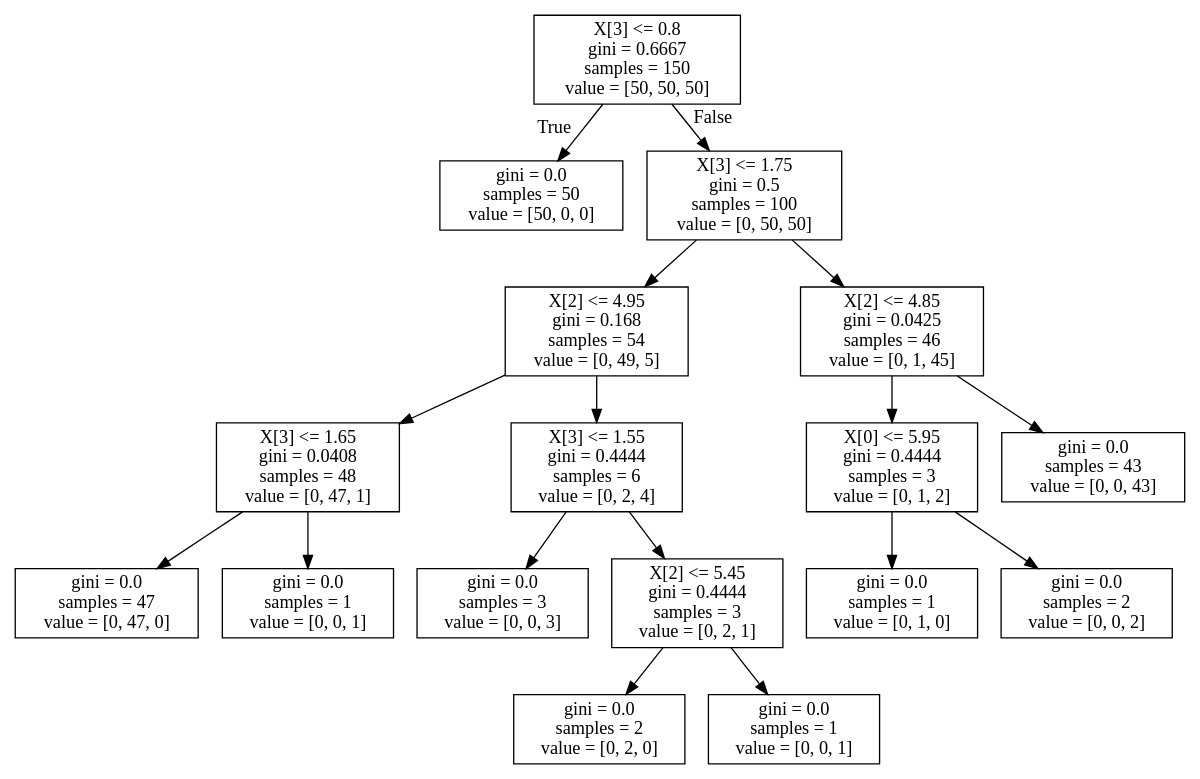
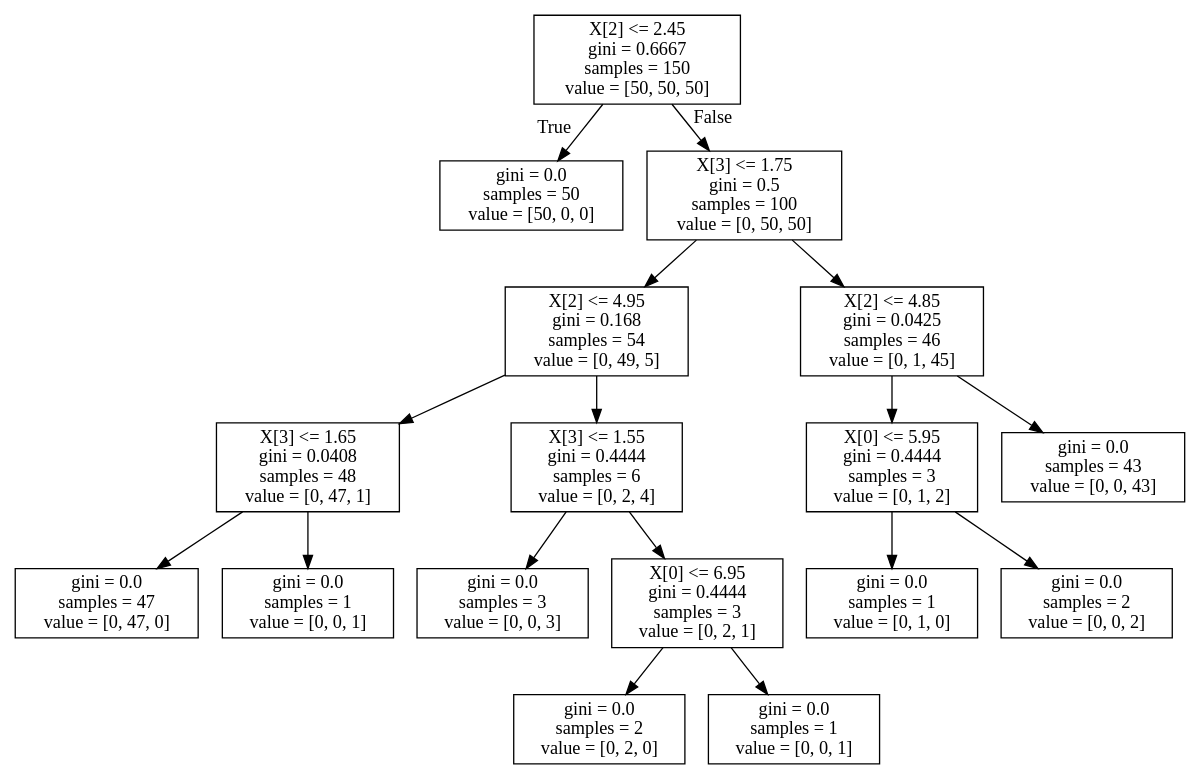
The diagram in decision_tree/iris.dot (yuzhouallin/machine-learning), drawn with Graphviz before and after one commit. The commit also changed 2 other files, not shown here.

```diff
--- a/decision_tree/iris.dot
+++ b/decision_tree/iris.dot
@@ -1,36 +1,36 @@
 digraph Tree {
 node [shape=box] ;
-0 [label="X[3] <= 0.8\ngini = 0.6667\nsamples = 150\nvalue = [50, 50, 50]"] ;
+0 [label="X[2] <= 2.45\ngini = 0.6667\nsamples = 150\nvalue = [50, 50, 50]"] ;
 1 [label="gini = 0.0\nsamples = 50\nvalue = [50, 0, 0]"] ;
 0 -> 1 [labeldistance=2.5, labelangle=45, headlabel="True"] ;
 2 [label="X[3] <= 1.75\ngini = 0.5\nsamples = 100\nvalue = [0, 50, 50]"] ;
 0 -> 2 [labeldistance=2.5, labelangle=-45, headlabel="False"] ;
 3 [label="X[2] <= 4.95\ngini = 0.168\nsamples = 54\nvalue = [0, 49, 5]"] ;
 2 -> 3 ;
 4 [label="X[3] <= 1.65\ngini = 0.0408\nsamples = 48\nvalue = [0, 47, 1]"] ;
 3 -> 4 ;
 5 [label="gini = 0.0\nsamples = 47\nvalue = [0, 47, 0]"] ;
 4 -> 5 ;
 6 [label="gini = 0.0\nsamples = 1\nvalue = [0, 0, 1]"] ;
 4 -> 6 ;
 7 [label="X[3] <= 1.55\ngini = 0.4444\nsamples = 6\nvalue = [0, 2, 4]"] ;
 3 -> 7 ;
 8 [label="gini = 0.0\nsamples = 3\nvalue = [0, 0, 3]"] ;
 7 -> 8 ;
-9 [label="X[2] <= 5.45\ngini = 0.4444\nsamples = 3\nvalue = [0, 2, 1]"] ;
+9 [label="X[0] <= 6.95\ngini = 0.4444\nsamples = 3\nvalue = [0, 2, 1]"] ;
 7 -> 9 ;
 10 [label="gini = 0.0\nsamples = 2\nvalue = [0, 2, 0]"] ;
 9 -> 10 ;
 11 [label="gini = 0.0\nsamples = 1\nvalue = [0, 0, 1]"] ;
 9 -> 11 ;
 12 [label="X[2] <= 4.85\ngini = 0.0425\nsamples = 46\nvalue = [0, 1, 45]"] ;
 2 -> 12 ;
 13 [label="X[0] <= 5.95\ngini = 0.4444\nsamples = 3\nvalue = [0, 1, 2]"] ;
 12 -> 13 ;
 14 [label="gini = 0.0\nsamples = 1\nvalue = [0, 1, 0]"] ;
 13 -> 14 ;
 15 [label="gini = 0.0\nsamples = 2\nvalue = [0, 0, 2]"] ;
 13 -> 15 ;
 16 [label="gini = 0.0\nsamples = 43\nvalue = [0, 0, 43]"] ;
 12 -> 16 ;
 }
```
